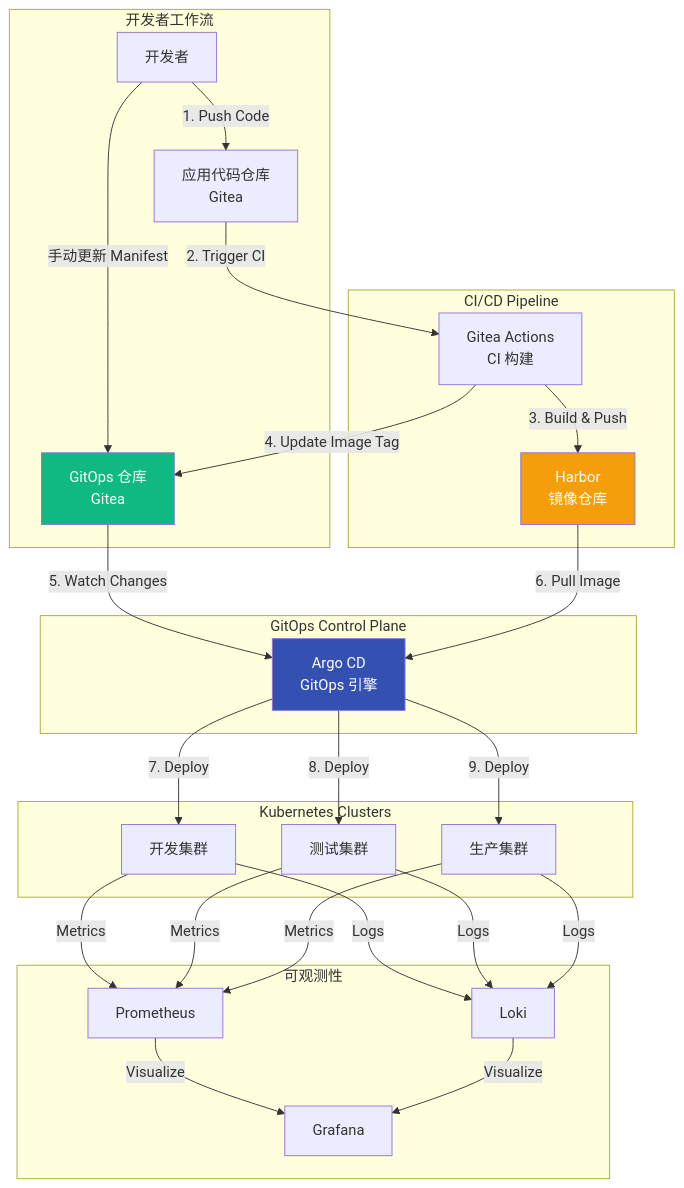
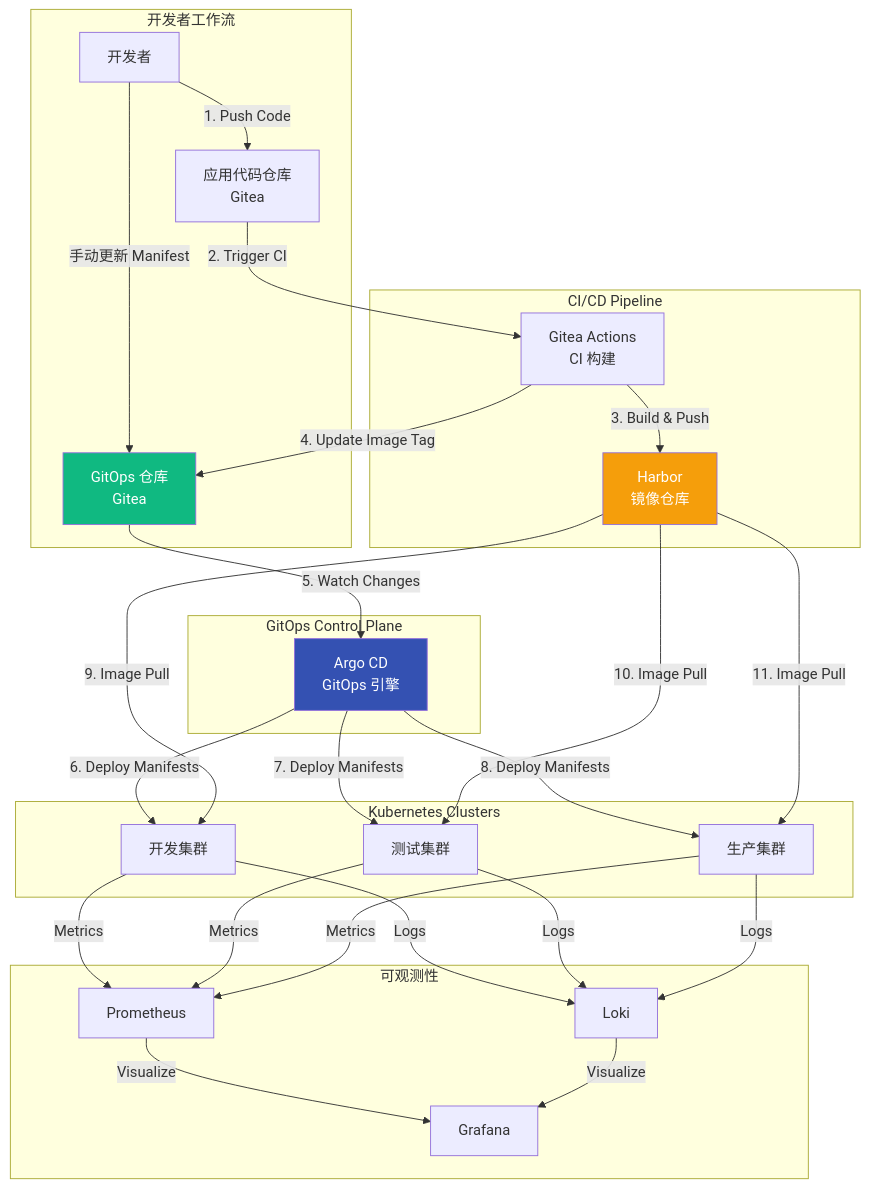
The first of 8 diagrams in docs/devops/gitops/gitops-architecture.md (BrunoGao/ljwx-docs), drawn with Mermaid before and after one commit. The commit also changed other lines of this file, not shown here.

````diff
--- a/docs/devops/gitops/gitops-architecture.md
+++ b/docs/devops/gitops/gitops-architecture.md
@@ -168,39 +168,41 @@
 ```mermaid
 graph TB
     subgraph "开发者工作流"
         Dev[开发者] -->|1. Push Code| AppRepo[应用代码仓库<br/>Gitea]
         Dev -->|手动更新 Manifest| GitOpsRepo[GitOps 仓库<br/>Gitea]
     end
 
     subgraph "CI/CD Pipeline"
         AppRepo -->|2. Trigger CI| GiteaActions[Gitea Actions<br/>CI 构建]
         GiteaActions -->|3. Build & Push| Harbor[Harbor<br/>镜像仓库]
         GiteaActions -->|4. Update Image Tag| GitOpsRepo
     end
 
     subgraph "GitOps Control Plane"
         GitOpsRepo -->|5. Watch Changes| ArgoCD[Argo CD<br/>GitOps 引擎]
-        Harbor -->|6. Pull Image| ArgoCD
     end
 
     subgraph "Kubernetes Clusters"
-        ArgoCD -->|7. Deploy| DevCluster[开发集群]
-        ArgoCD -->|8. Deploy| TestCluster[测试集群]
-        ArgoCD -->|9. Deploy| ProdCluster[生产集群]
+        ArgoCD -->|6. Deploy Manifests| DevCluster[开发集群]
+        ArgoCD -->|7. Deploy Manifests| TestCluster[测试集群]
+        ArgoCD -->|8. Deploy Manifests| ProdCluster[生产集群]
+        Harbor -->|9. Image Pull| DevCluster
+        Harbor -->|10. Image Pull| TestCluster
+        Harbor -->|11. Image Pull| ProdCluster
     end
 
     subgraph "可观测性"
         DevCluster -->|Metrics| Prometheus[Prometheus]
         TestCluster -->|Metrics| Prometheus
         ProdCluster -->|Metrics| Prometheus
         DevCluster -->|Logs| Loki[Loki]
         TestCluster -->|Logs| Loki
         ProdCluster -->|Logs| Loki
         Prometheus -->|Visualize| Grafana[Grafana]
         Loki -->|Visualize| Grafana
     end
 
     style ArgoCD fill:#3451b2,color:#fff
     style GitOpsRepo fill:#10b981,color:#fff
     style Harbor fill:#f59e0b,color:#fff
 ```
````
